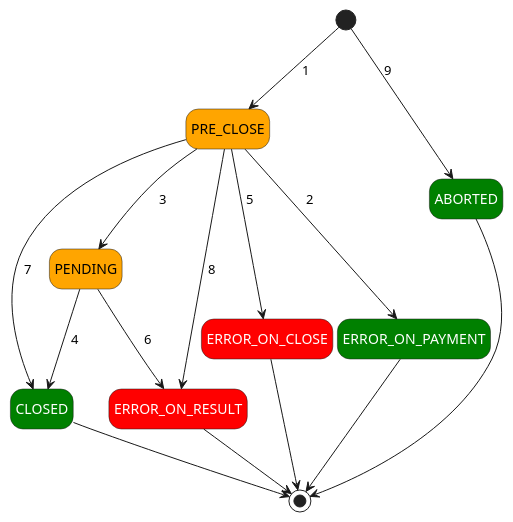
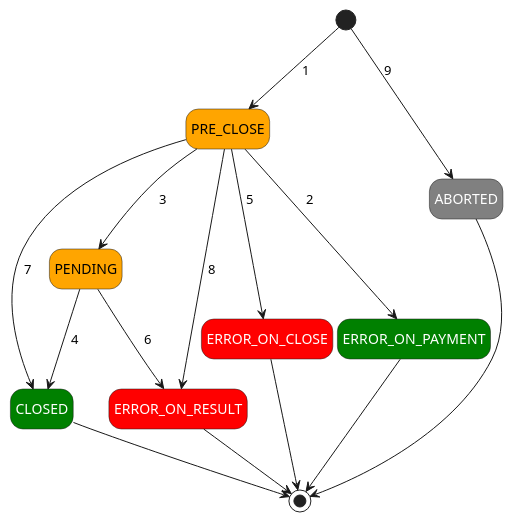
One commit to pagopa/mil-diags changed the diagram in state_diags/payment_status.puml. Above: the diagram before and after it, drawn with PlantUML.

Commit message:
The ABORTED state has been removed.

```diff
--- a/state_diags/payment_status.puml
+++ b/state_diags/payment_status.puml
@@ -1,27 +1,27 @@
 @startuml
 hide empty description
 
 state PRE_CLOSE        #Orange
 state ERROR_ON_PAYMENT #Green;text:White
 state PENDING          #Orange
 state CLOSED           #Green;text:White
 state ERROR_ON_CLOSE   #Red;text:White
 state ERROR_ON_RESULT  #Red;text:White
-state ABORTED          #Green;text:White
+state ABORTED          #Gray;text:White
 
 [*]              --> PRE_CLOSE        : 1
 PRE_CLOSE        --> ERROR_ON_PAYMENT : 2
 PRE_CLOSE        --> PENDING          : 3
 PENDING          --> CLOSED           : 4 
 PRE_CLOSE        --> ERROR_ON_CLOSE   : 5
 PENDING          --> ERROR_ON_RESULT  : 6
 PRE_CLOSE        --> CLOSED           : 7
 PRE_CLOSE        --> ERROR_ON_RESULT  : 8
 [*]              --> ABORTED          : 9
 ERROR_ON_PAYMENT --> [*] 
 CLOSED           --> [*]
 ERROR_ON_CLOSE   --> [*]
 ERROR_ON_RESULT  --> [*]
 ABORTED          --> [*]
 
 @enduml
```
